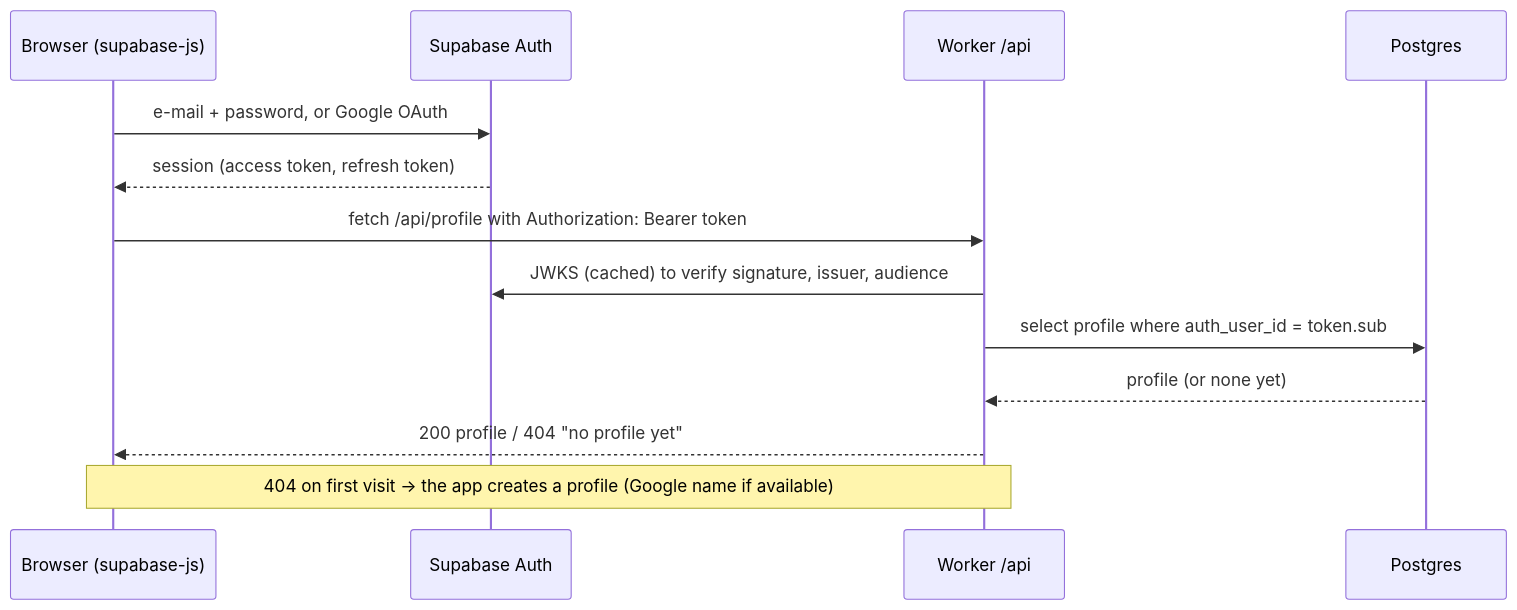
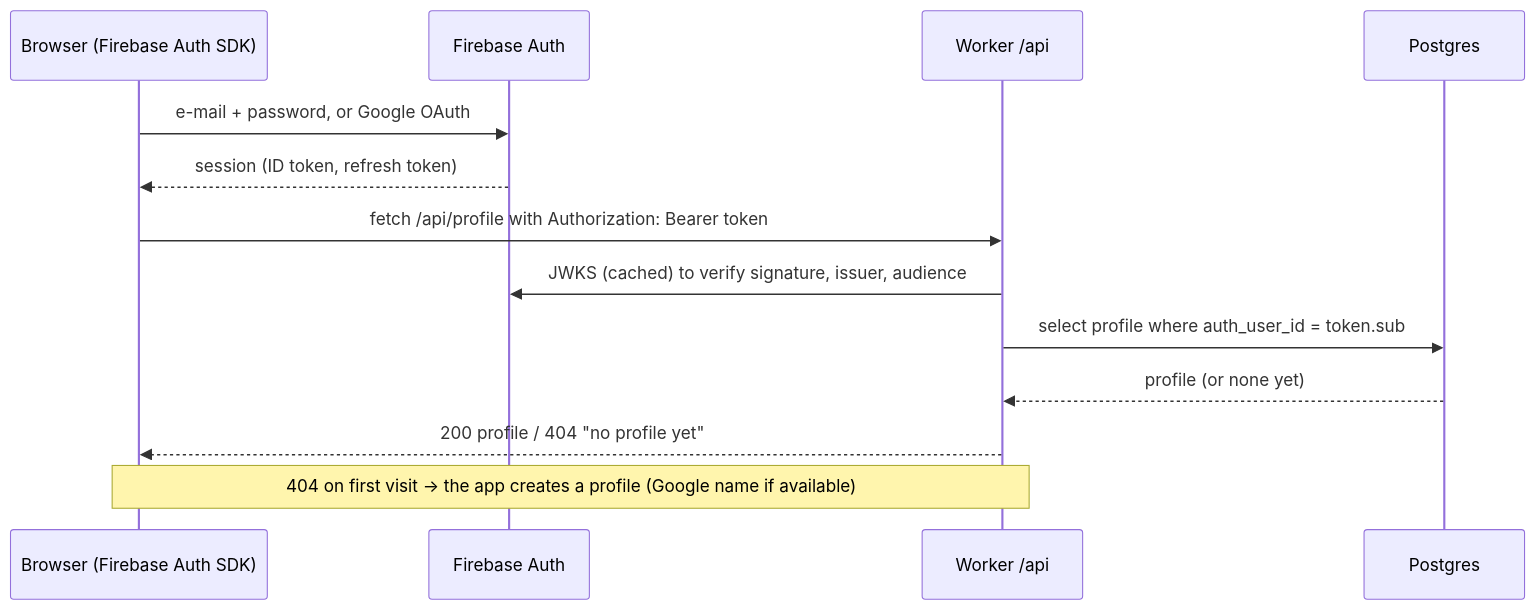
The second of 4 diagrams in README.md (myfitbike/myfitbike), drawn with Mermaid before and after one commit. The commit also changed other lines of this file and 20 other files, not shown here.

First line of the commit message:
Accounts: sign-in moves to Firebase Auth, production database to Neon

````diff
--- a/README.md
+++ b/README.md
@@ -220,15 +220,15 @@
 ```mermaid
 sequenceDiagram
-  participant B as Browser (supabase-js)
-  participant S as Supabase Auth
+  participant B as Browser (Firebase Auth SDK)
+  participant S as Firebase Auth
   participant W as Worker /api
   participant D as Postgres
   B->>S: e-mail + password, or Google OAuth
-  S-->>B: session (access token, refresh token)
+  S-->>B: session (ID token, refresh token)
   B->>W: fetch /api/profile with Authorization: Bearer token
   W->>S: JWKS (cached) to verify signature, issuer, audience
   W->>D: select profile where auth_user_id = token.sub
   D-->>W: profile (or none yet)
   W-->>B: 200 profile / 404 "no profile yet"
   Note over B,W: 404 on first visit → the app creates a profile (Google name if available)
 ```
````
